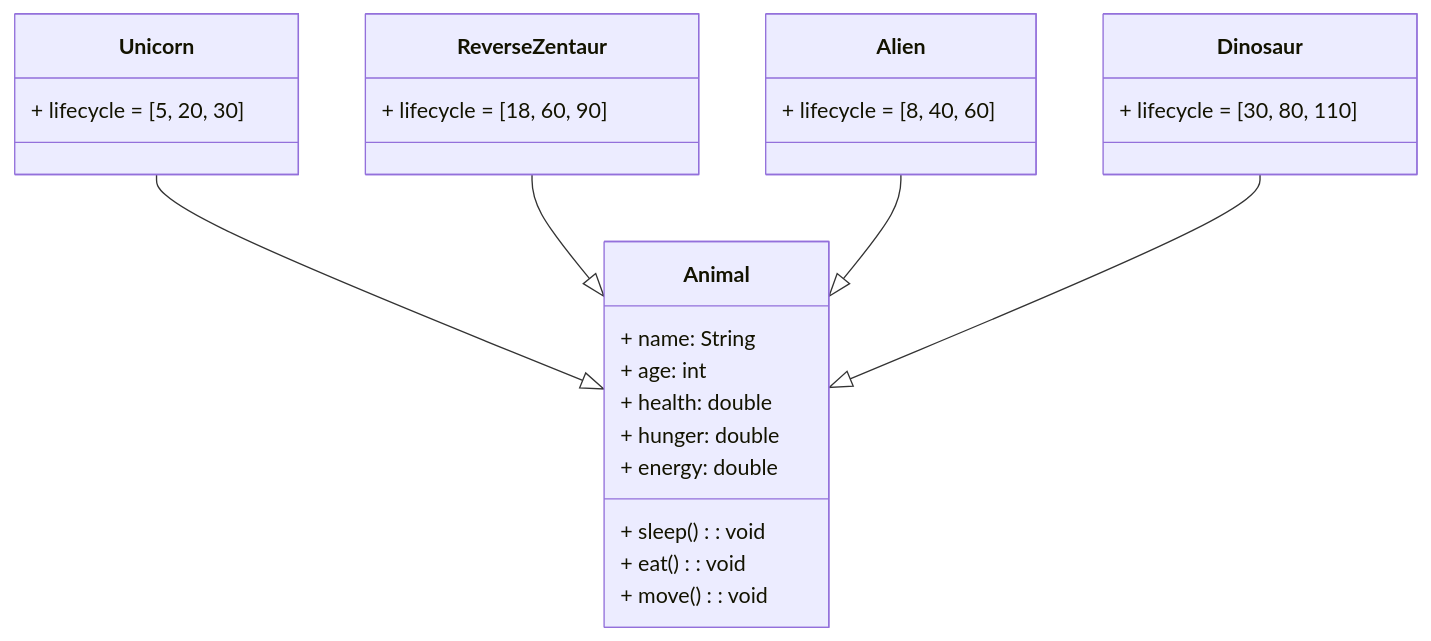
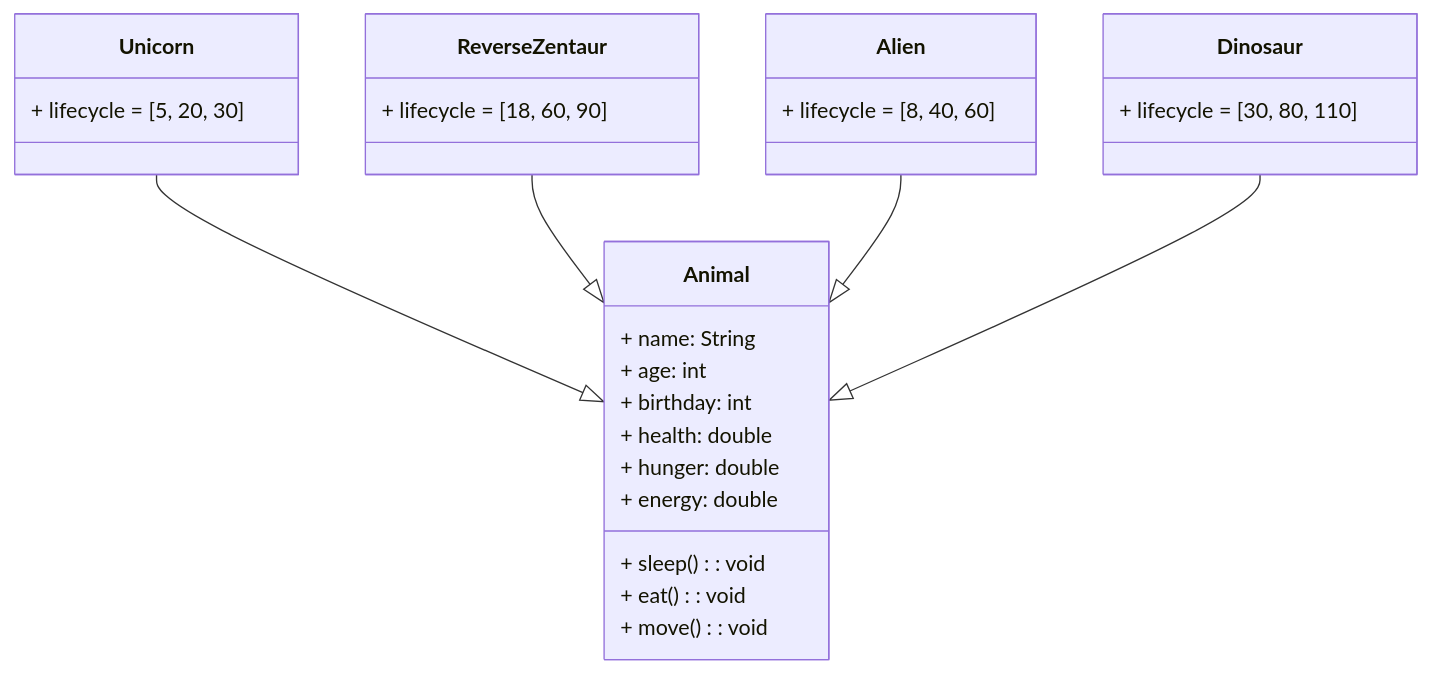
One commit to mohammaderfanx/DinoZoo changed the diagram in spaceZoo/docs/backend/animal.md. Above: the diagram before and after it, drawn with Mermaid. The commit also changed 3 other files, not shown here.

Commit message:
Updated graphs

````diff
--- a/spaceZoo/docs/backend/animal.md
+++ b/spaceZoo/docs/backend/animal.md
@@ -2,41 +2,42 @@
 ```mermaid
 classDiagram
 
 class Animal {
     + name: String
     + age: int
+    + birthday: int
     + health: double
     + hunger: double
     + energy: double
     + sleep(): void
     + eat(): void
     + move(): void
 }
 
 
 class Unicorn {
     + lifecycle = [5, 20, 30]
 }
 Unicorn --|> Animal
 
 class ReverseZentaur {
     + lifecycle = [18, 60, 90]
 }
 ReverseZentaur --|> Animal
 
 
 class Alien {
     + lifecycle = [8, 40, 60]
 }
 Alien --|> Animal
 
 
 class Dinosaur {
     + lifecycle = [30, 80, 110]
 }
 Dinosaur --|> Animal
 
 
 
 
 ```
````
